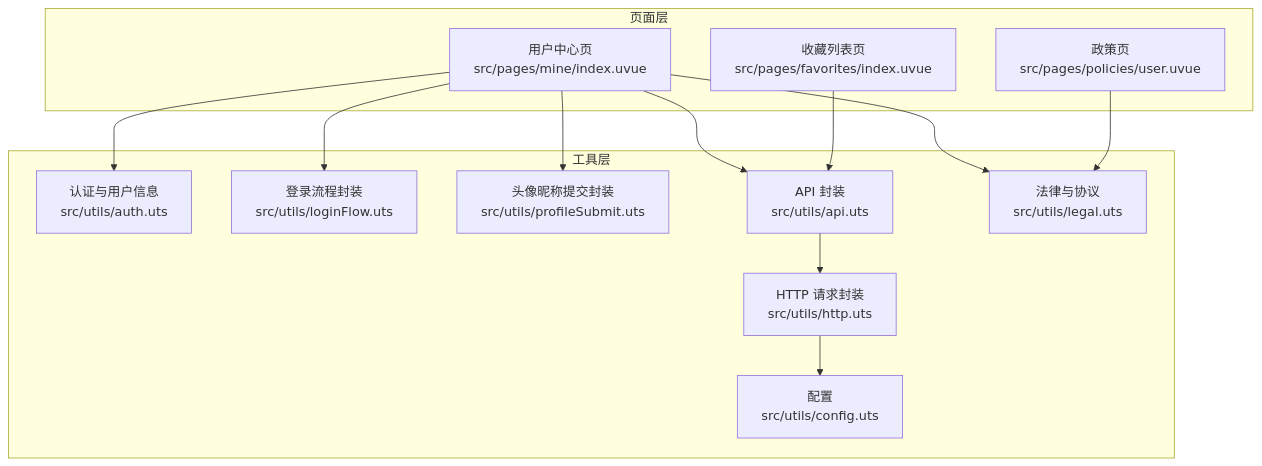
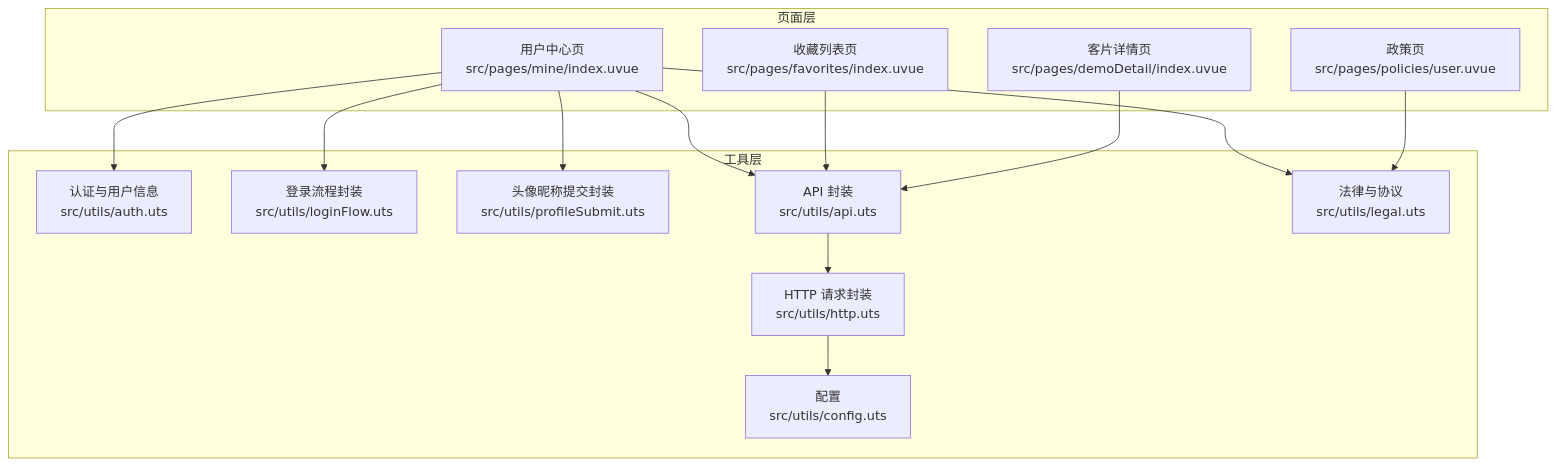
One commit to crazyma99/blueberry changed the first of 7 diagrams in .qoder/repowiki/zh/content/核心功能模块/用户中心系统.md. Above: the diagram before and after it, drawn with Mermaid. The commit also changed other lines of this file and 24 other files, not shown here.

````diff
--- a/.qoder/repowiki/zh/content/核心功能模块/用户中心系统.md
+++ b/.qoder/repowiki/zh/content/核心功能模块/用户中心系统.md
@@ -52,26 +63,28 @@
 ```mermaid
 graph TB
 subgraph "页面层"
 Mine["用户中心页<br/>src/pages/mine/index.uvue"]
 Favorites["收藏列表页<br/>src/pages/favorites/index.uvue"]
+DemoDetail["客片详情页<br/>src/pages/demoDetail/index.uvue"]
 Policies["政策页<br/>src/pages/policies/user.uvue"]
 end
 subgraph "工具层"
 Auth["认证与用户信息<br/>src/utils/auth.uts"]
 LoginFlow["登录流程封装<br/>src/utils/loginFlow.uts"]
 ProfileSubmit["头像昵称提交封装<br/>src/utils/profileSubmit.uts"]
 API["API 封装<br/>src/utils/api.uts"]
 HTTP["HTTP 请求封装<br/>src/utils/http.uts"]
 Legal["法律与协议<br/>src/utils/legal.uts"]
 Config["配置<br/>src/utils/config.uts"]
 end
 Mine --> Auth
 Mine --> LoginFlow
 Mine --> ProfileSubmit
 Mine --> API
 Mine --> Legal
 Favorites --> API
+DemoDetail --> API
 API --> HTTP
 HTTP --> Config
 Policies --> Legal
 ```
````
